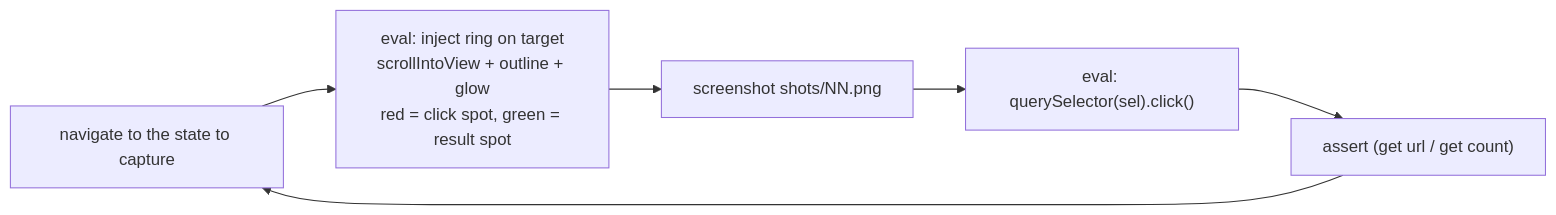
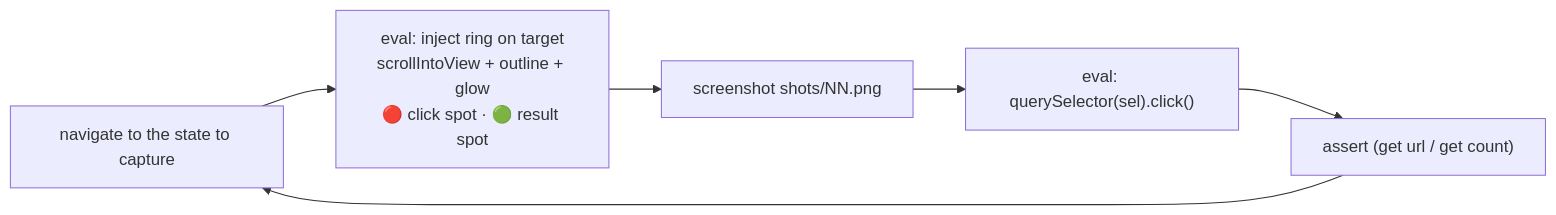
The fifth of 5 diagrams in docs/ARCHITECTURE.md (wichtking/agent-browser-qa), drawn with Mermaid before and after one commit. The commit also changed other lines of this file and 1 other file, not shown here.

````diff
--- a/docs/ARCHITECTURE.md
+++ b/docs/ARCHITECTURE.md
@@ -115,8 +115,8 @@
 ```mermaid
 flowchart LR
-    nav["navigate to the state to capture"] --> hl["eval: inject ring on target<br/>scrollIntoView + outline + glow<br/>red = click spot, green = result spot"]
+    nav["navigate to the state to capture"] --> hl["eval: inject ring on target<br/>scrollIntoView + outline + glow<br/>🔴 click spot · 🟢 result spot"]
     hl --> shot["screenshot shots/NN.png"]
     shot --> act["eval: querySelector(sel).click()"]
     act --> asrt["assert (get url / get count)"]
     asrt --> nav
 ```
````
